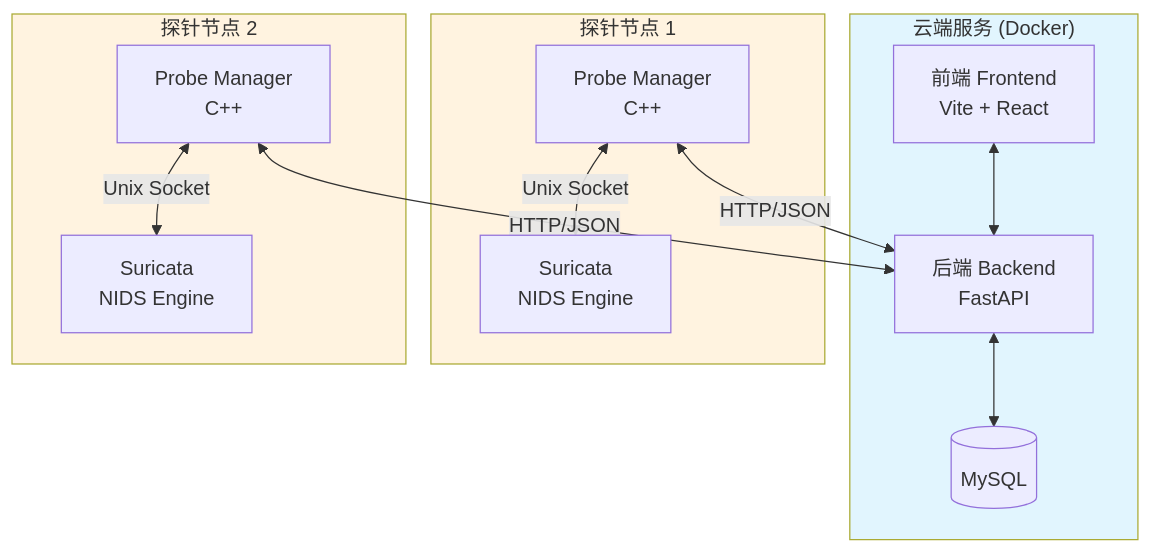
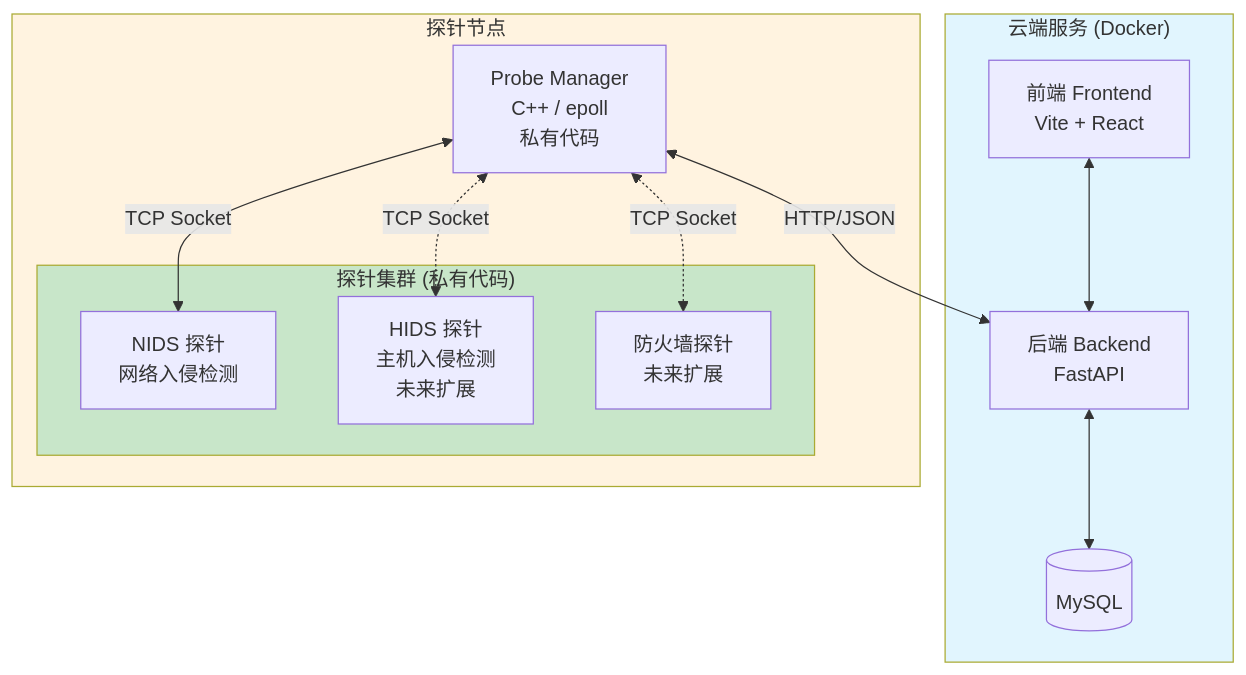
Before and after one commit to chenlehua/ai-idps: the first of 13 diagrams in specs/0001-spec.md, drawn with Mermaid. The commit also changed other lines of this file, not shown here.

Commit message:
feat: optimize architecture

````diff
--- a/specs/0001-spec.md
+++ b/specs/0001-spec.md
@@ -14,29 +14,30 @@
 ```mermaid
 graph TB
     subgraph Cloud["云端服务 (Docker)"]
         FE[前端 Frontend<br/>Vite + React]
         BE[后端 Backend<br/>FastAPI]
         DB[(MySQL)]
         FE <--> BE
         BE <--> DB
     end
 
-    subgraph Probe1["探针节点 1"]
-        PM1[Probe Manager<br/>C++]
-        SR1[Suricata<br/>NIDS Engine]
-        PM1 <-->|Unix Socket| SR1
+    subgraph ProbeNode["探针节点"]
+        PM[Probe Manager<br/>C++ / epoll<br/>私有代码]
+
+        subgraph Probes["探针集群 (私有代码)"]
+            NIDS[NIDS 探针<br/>网络入侵检测]
+            HIDS[HIDS 探针<br/>主机入侵检测<br/>未来扩展]
+            FW[防火墙探针<br/>未来扩展]
+        end
+
+        PM <-->|TCP Socket| NIDS
+        PM <-.->|TCP Socket| HIDS
+        PM <-.->|TCP Socket| FW
     end
 
-    subgraph Probe2["探针节点 2"]
-        PM2[Probe Manager<br/>C++]
-        SR2[Suricata<br/>NIDS Engine]
-        PM2 <-->|Unix Socket| SR2
-    end
-
-    PM1 <-->|HTTP/JSON| BE
-    PM2 <-->|HTTP/JSON| BE
+    PM <-->|HTTP/JSON| BE
 
     style Cloud fill:#e1f5fe
-    style Probe1 fill:#fff3e0
-    style Probe2 fill:#fff3e0
+    style ProbeNode fill:#fff3e0
+    style Probes fill:#c8e6c9
 ```
````
